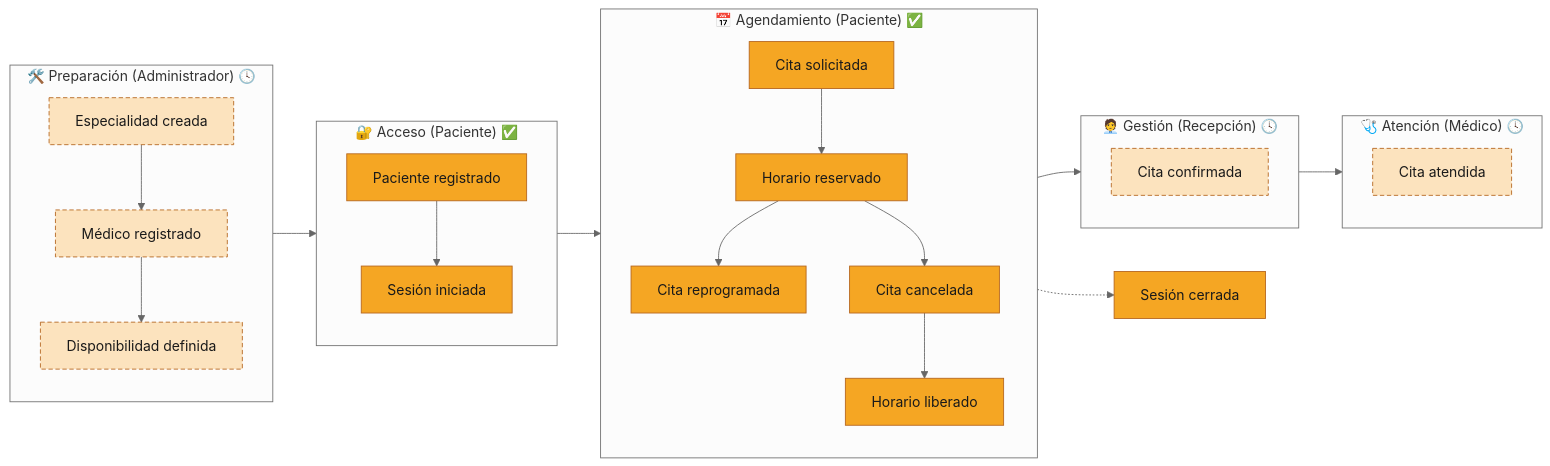
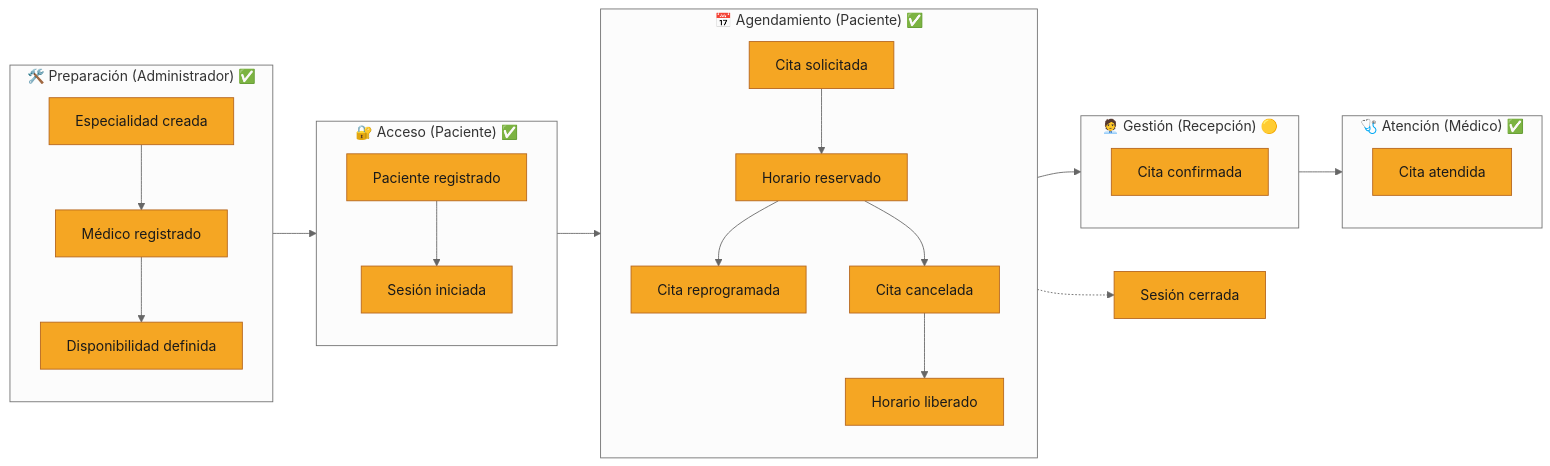
The second of 9 diagrams in docs/DDD-EVENT-STORMING.md (fox123abc/Clinica), drawn with Mermaid (neutral theme) before and after one commit. The commit also changed other lines of this file and 6 other files, not shown here.

````diff
--- a/docs/DDD-EVENT-STORMING.md
+++ b/docs/DDD-EVENT-STORMING.md
@@ -94,45 +94,45 @@
 ```mermaid
 flowchart LR
-    subgraph ADM["🛠️ Preparación (Administrador) 🕓"]
+    subgraph ADM["🛠️ Preparación (Administrador) ✅"]
         direction TB
-        E1["Especialidad creada"]:::pendiente
-        E2["Médico registrado"]:::pendiente
-        E3["Disponibilidad definida"]:::pendiente
+        E1["Especialidad creada"]:::evento
+        E2["Médico registrado"]:::evento
+        E3["Disponibilidad definida"]:::evento
         E1 --> E2 --> E3
     end
 
     subgraph ACC["🔐 Acceso (Paciente) ✅"]
         direction TB
         E4["Paciente registrado"]:::evento
         E5["Sesión iniciada"]:::evento
         E4 --> E5
     end
 
     subgraph AGE["📅 Agendamiento (Paciente) ✅"]
         direction TB
         E6["Cita solicitada"]:::evento
         E7["Horario reservado"]:::evento
         E8["Cita reprogramada"]:::evento
         E9["Cita cancelada"]:::evento
         E10["Horario liberado"]:::evento
         E6 --> E7
         E7 --> E8
         E7 --> E9 --> E10
     end
 
-    subgraph REC["🧑‍💼 Gestión (Recepción) 🕓"]
-        E11["Cita confirmada"]:::pendiente
+    subgraph REC["🧑‍💼 Gestión (Recepción) 🟡"]
+        E11["Cita confirmada"]:::evento
     end
 
-    subgraph MED["🩺 Atención (Médico) 🕓"]
-        E12["Cita atendida"]:::pendiente
+    subgraph MED["🩺 Atención (Médico) ✅"]
+        E12["Cita atendida"]:::evento
     end
 
     E13["Sesión cerrada"]:::evento
 
     ADM --> ACC --> AGE --> REC --> MED
     AGE -.-> E13
 
     classDef evento fill:#F5A623,stroke:#B5651D,color:#1A1A1A
     classDef pendiente fill:#FCE3BE,stroke:#B5651D,color:#1A1A1A,stroke-dasharray: 5 3
 ```
````
